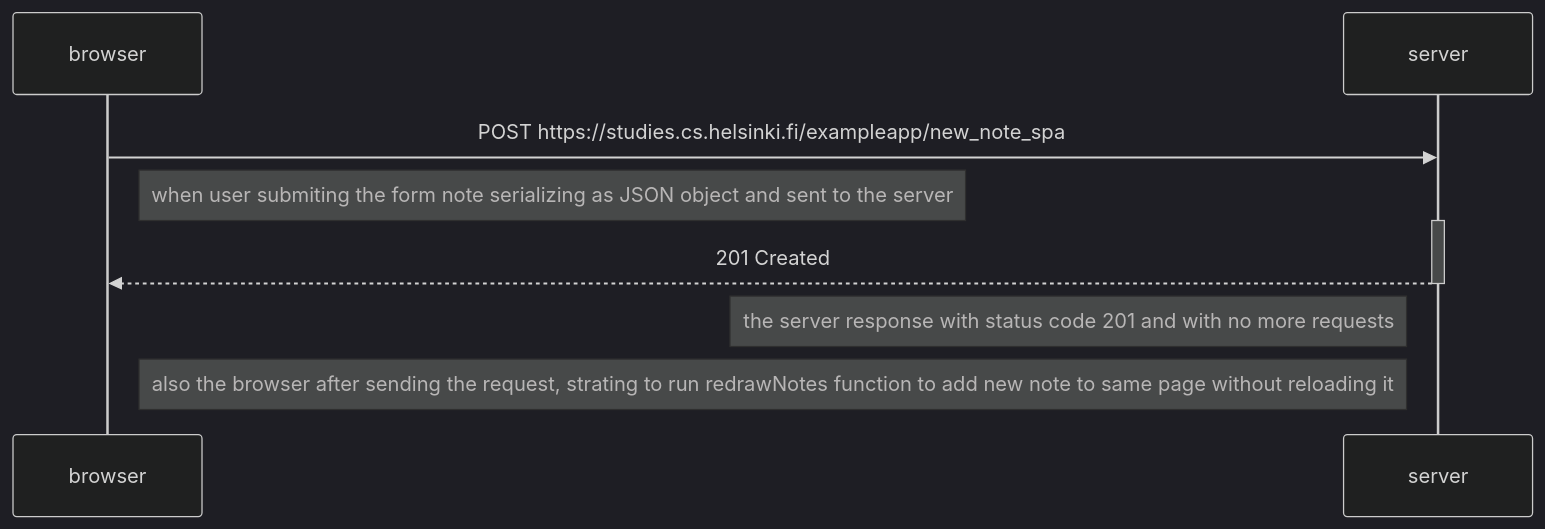
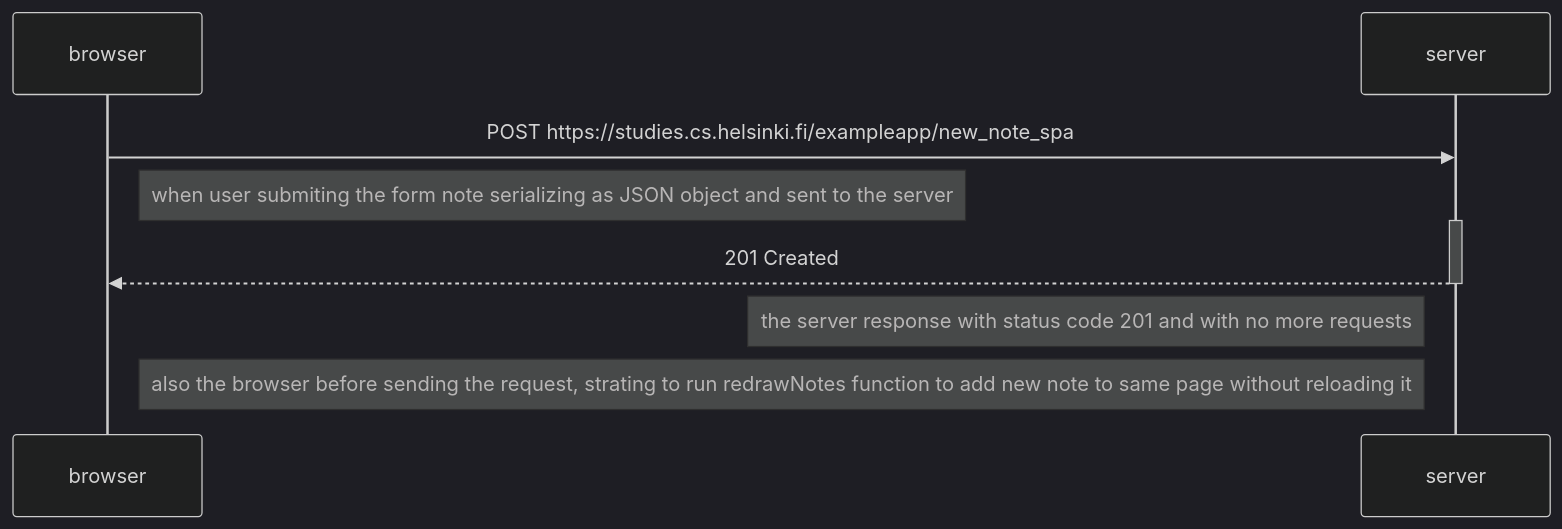
One commit to Ahmed3atef/FullStack-Exercises changed the diagram in part0/New_note_in Single_page_app_diagram.MD. Above: the diagram before and after it, drawn with Mermaid (dark theme).

Commit message:
edditing Nspa after -> before

````diff
--- a/part0/New_note_in Single_page_app_diagram.MD
+++ b/part0/New_note_in Single_page_app_diagram.MD
@@ -1,19 +1,19 @@
 ```mermaid
 sequenceDiagram
 
     participant browser
     participant server
 
     
      browser->>server: POST https://studies.cs.helsinki.fi/exampleapp/new_note_spa
      Note right of browser: when user submiting the form note serializing as JSON object and sent to the server
     activate server
     server-->>browser: 201 Created
     deactivate server
 
     Note left of server: the server response with status code 201 and with no more requests
 
-    Note right of browser: also the browser after sending the request, strating to run redrawNotes function to add new note to same page without reloading it
+    Note right of browser: also the browser before sending the request, strating to run redrawNotes function to add new note to same page without reloading it
     
 
 ```
````
